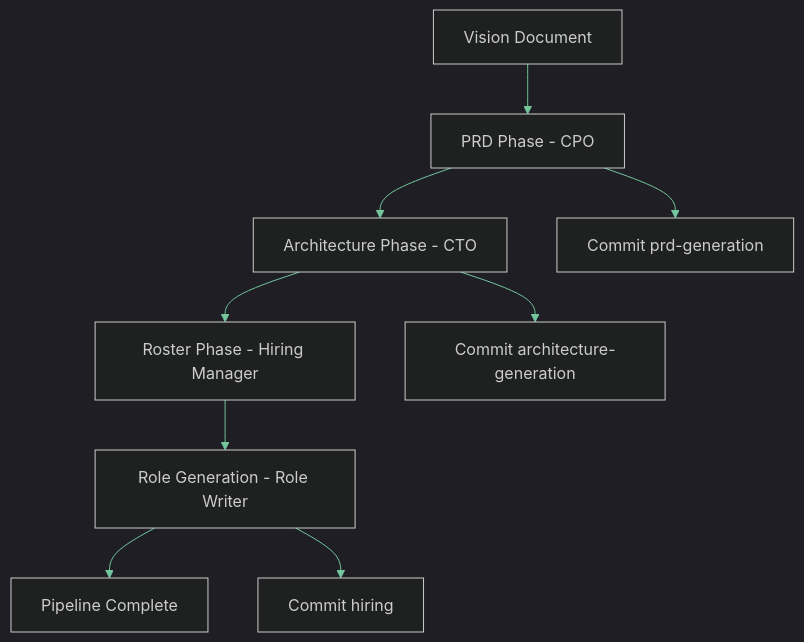
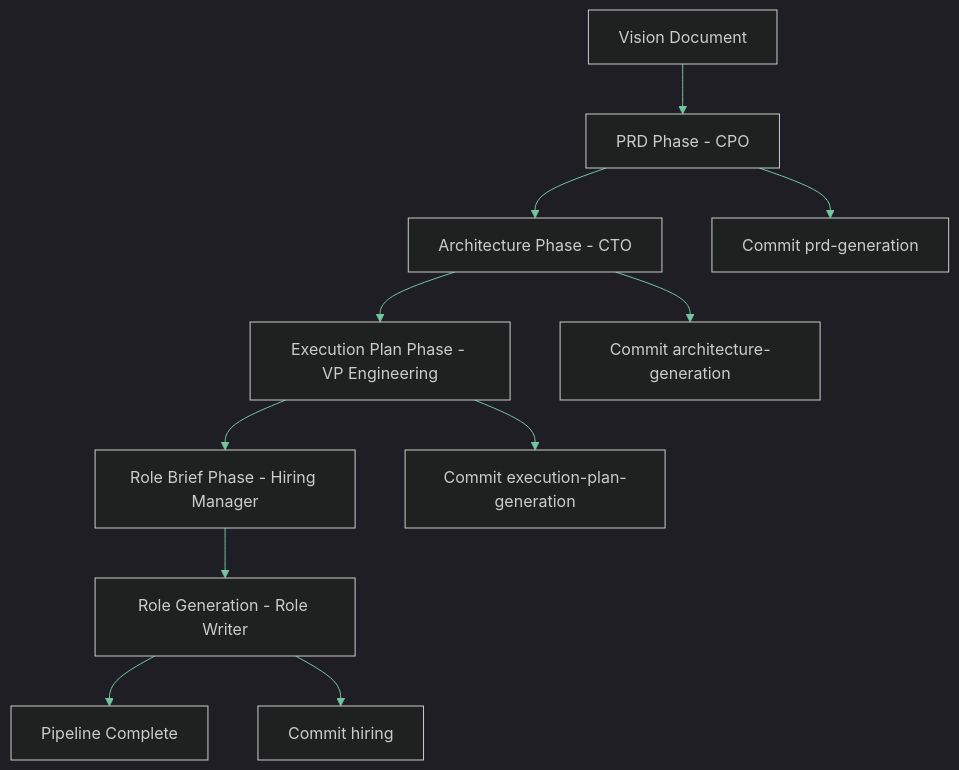
One commit to Shapedsundew9/asw changed the first of 2 diagrams in docs/user/reference/concepts.md. Above: the diagram before and after it, drawn with Mermaid. The commit also changed other lines of this file and 19 other files, not shown here.

First line of the commit message:
feat: Introduce VP Engineering role and execution planning phase

````diff
--- a/docs/user/reference/concepts.md
+++ b/docs/user/reference/concepts.md
@@ -9,12 +9,14 @@
 ```mermaid
 %%{init: {'theme': 'dark', 'themeVariables': {'primaryColor': '#2d6a4f', 'primaryTextColor': '#d8f3dc', 'primaryBorderColor': '#52b788', 'lineColor': '#74c69d', 'secondaryColor': '#1b4332', 'tertiaryColor': '#40916c', 'edgeLabelBackground': '#1b4332'}}}%%
 graph TD
-    A[Vision Document] --> B[PRD Phase - CPO]
-    B --> C[Architecture Phase - CTO]
-    C --> D[Roster Phase - Hiring Manager]
-    D --> E[Role Generation - Role Writer]
-    E --> F[Pipeline Complete]
-    B --> G[Commit prd-generation]
-    C --> H[Commit architecture-generation]
-    E --> I[Commit hiring]
+  vision[Vision Document] --> prd[PRD Phase - CPO]
+  prd --> arch[Architecture Phase - CTO]
+  arch --> execplan[Execution Plan Phase - VP Engineering]
+  execplan --> briefs[Role Brief Phase - Hiring Manager]
+  briefs --> roles[Role Generation - Role Writer]
+  roles --> done[Pipeline Complete]
+  prd --> commit_prd[Commit prd-generation]
+  arch --> commit_arch[Commit architecture-generation]
+  execplan --> commit_exec[Commit execution-plan-generation]
+  roles --> commit_hiring[Commit hiring]
 ```
````
